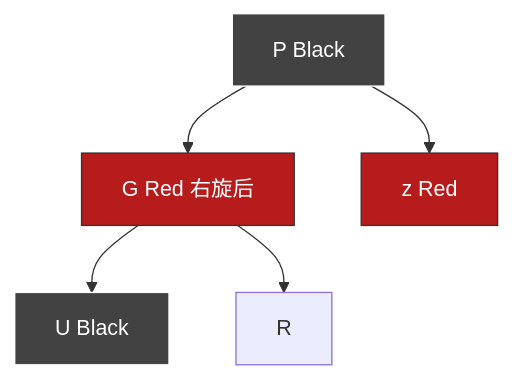
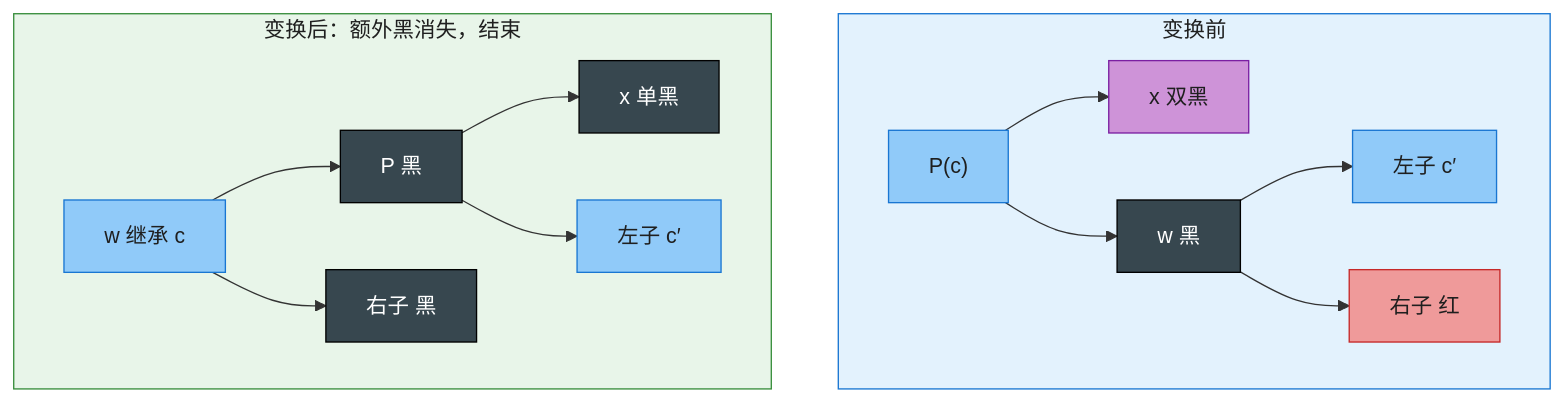
Diagram 12 of 13 in IntroductionToAlgorithms/Chapter13_红黑树_深度版.md (socoo123/book_reading), drawn with Mermaid before and after one commit. The commit also changed other lines of this file and 30 other files, not shown here.

````diff
--- a/IntroductionToAlgorithms/Chapter13_红黑树_深度版.md
+++ b/IntroductionToAlgorithms/Chapter13_红黑树_深度版.md
@@ -564,12 +486,25 @@
 ```mermaid
-flowchart TD
-    P2["P Black"] --> G2["G Red 右旋后"]
-    P2 --> z2["z Red"]
-    G2 --> U2["U Black"]
-    G2 --> R2["R"]
-
-    style P2 fill:#424242,stroke:#fff,color:#fff
-    style G2 fill:#b71c1c,stroke:#333,color:#fff
-    style U2 fill:#424242,stroke:#fff,color:#fff
-    style z2 fill:#b71c1c,stroke:#333,color:#fff
+graph TD
+    subgraph S1["变换前"]
+      p1["P(c)"] --> x1["x 双黑"]
+      p1 --> w1["w 黑"]
+      w1 --> c1["左子 c′"]
+      w1 --> d1["右子 红"]
+    end
+    subgraph S2["变换后：额外黑消失，结束"]
+      w2["w 继承 c"] --> p2["P 黑"]
+      w2 --> d2["右子 黑"]
+      p2 --> x2["x 单黑"]
+      p2 --> c2["左子 c′"]
+    end
+    style S1 fill:#E3F2FD,stroke:#1976D2,color:#1f1f1f
+    style S2 fill:#E8F5E9,stroke:#388E3C,color:#1f1f1f
+    classDef B fill:#37474F,stroke:#000,color:#fff
+    classDef R fill:#EF9A9A,stroke:#C62828,color:#1f1f1f
+    classDef C fill:#90CAF9,stroke:#1976D2,color:#1f1f1f
+    classDef XX fill:#CE93D8,stroke:#7B1FA2,color:#1f1f1f
+    class p1,c1,c2,w2 C
+    class x1 XX
+    class d1 R
+    class w1,p2,d2,x2 B
 ```
````
